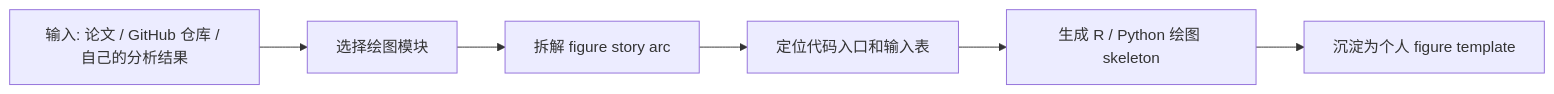
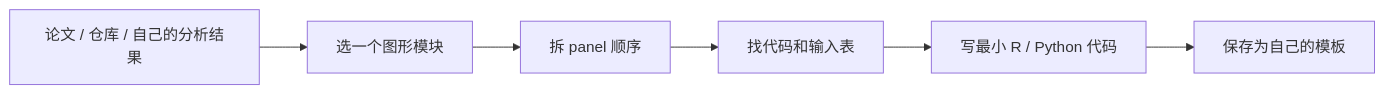
Before and after one commit to jiangcongxin/nc-bioinformatics-figure-skills: the diagram in README.md, drawn with Mermaid. The commit also changed other lines of this file, not shown here.

````diff
--- a/README.md
+++ b/README.md
@@ -111,8 +109,8 @@
 ```mermaid
 flowchart LR
-  A["输入: 论文 / GitHub 仓库 / 自己的分析结果"] --> B["选择绘图模块"]
-  B --> C["拆解 figure story arc"]
-  C --> D["定位代码入口和输入表"]
-  D --> E["生成 R / Python 绘图 skeleton"]
-  E --> F["沉淀为个人 figure template"]
+  A["论文 / 仓库 / 自己的分析结果"] --> B["选一个图形模块"]
+  B --> C["拆 panel 顺序"]
+  C --> D["找代码和输入表"]
+  D --> E["写最小 R / Python 代码"]
+  E --> F["保存为自己的模板"]
 ```
````
